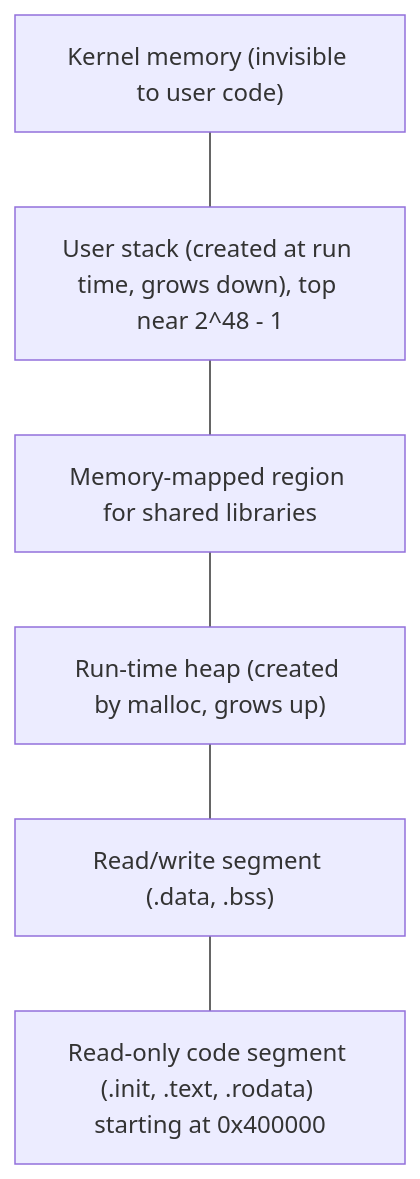
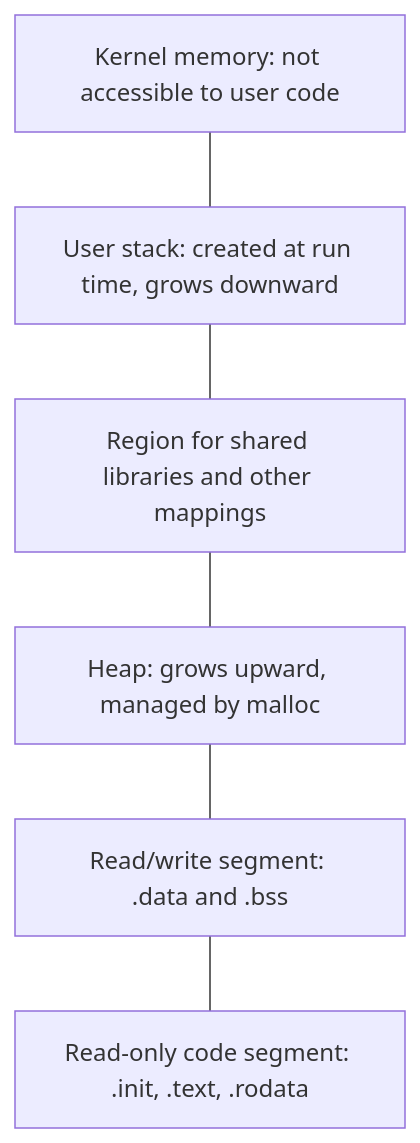
The first of 3 diagrams in src/csapp/lessons/20-dynamic-linking.md (alvinnew100/grand-line-study-guide), drawn with Mermaid before and after one commit. The commit also changed other lines of this file and 47 other files, not shown here.

````diff
--- a/src/csapp/lessons/20-dynamic-linking.md
+++ b/src/csapp/lessons/20-dynamic-linking.md
@@ -47,8 +60,10 @@
 ```mermaid
-graph TB
-  K["Kernel memory (invisible to user code)"] --- S["User stack (created at run time, grows down), top near 2^48 - 1"]
-  S --- SL["Memory-mapped region for shared libraries"]
-  SL --- H["Run-time heap (created by malloc, grows up)"]
-  H --- RW["Read/write segment (.data, .bss)"]
-  RW --- RO["Read-only code segment (.init, .text, .rodata) starting at 0x400000"]
+flowchart TB
+    K[Kernel memory: not accessible to user code]
+    S[User stack: created at run time, grows downward]
+    L[Region for shared libraries and other mappings]
+    H[Heap: grows upward, managed by malloc]
+    D[Read/write segment: .data and .bss]
+    C[Read-only code segment: .init, .text, .rodata]
+    K --- S --- L --- H --- D --- C
 ```
````
